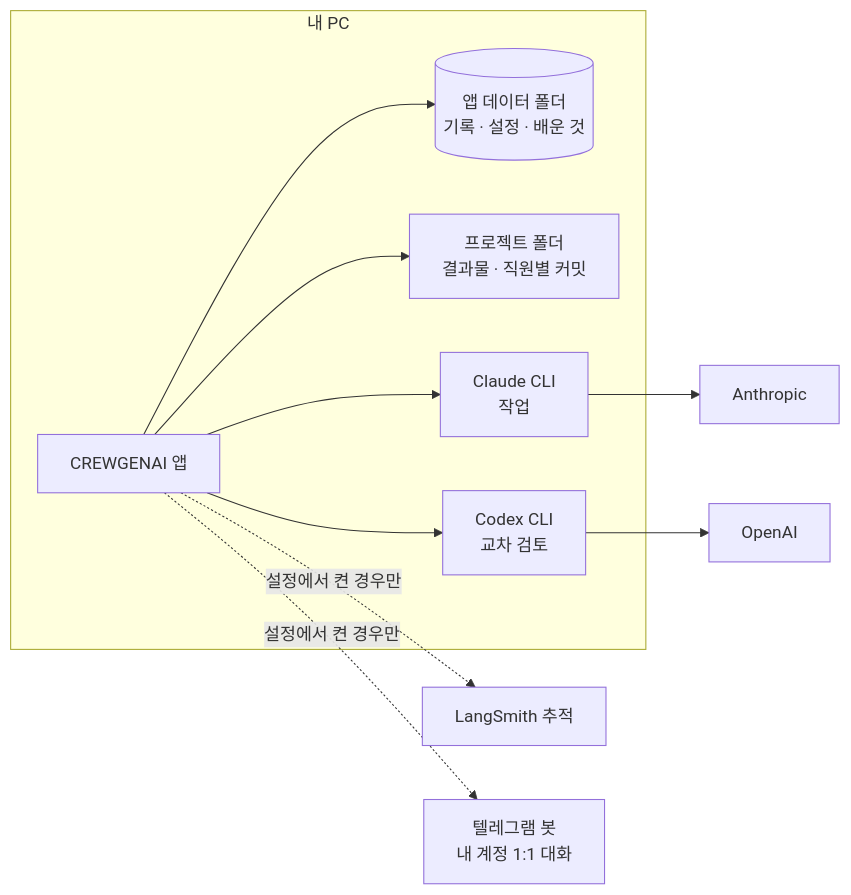
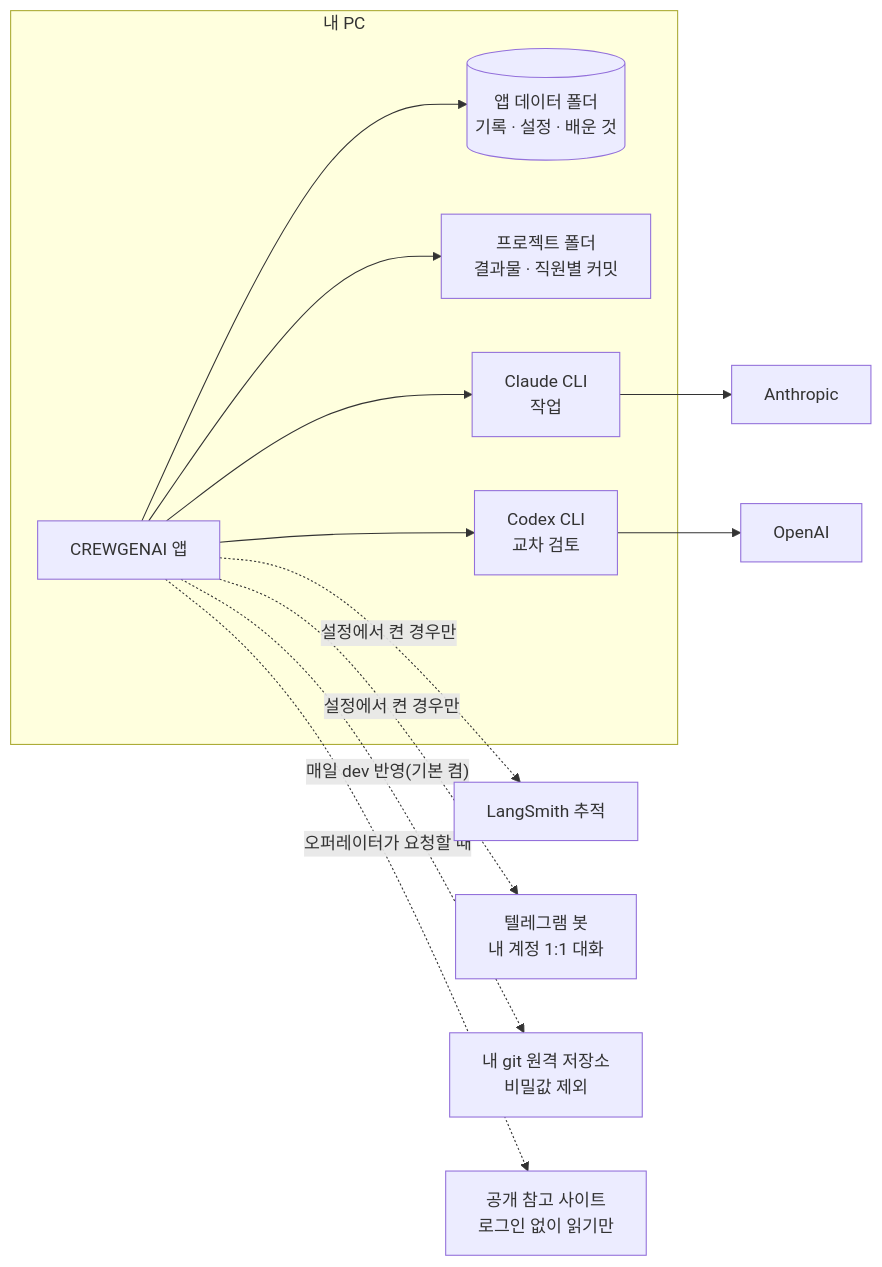
One commit to heum/crewgenai-agent-workspace changed the second of 2 diagrams in README.md. Above: the diagram before and after it, drawn with Mermaid. The commit also changed other lines of this file and 35 other files, not shown here.

````diff
--- a/README.md
+++ b/README.md
@@ -59,13 +54,15 @@
 ```mermaid
 flowchart LR
   subgraph PC["내 PC"]
     App["CREWGENAI 앱"] --> DB[("앱 데이터 폴더<br/>기록 · 설정 · 배운 것")]
     App --> Proj["프로젝트 폴더<br/>결과물 · 직원별 커밋"]
     App --> CC["Claude CLI<br/>작업"]
     App --> CX["Codex CLI<br/>교차 검토"]
   end
   CC --> AN["Anthropic"]
   CX --> OA["OpenAI"]
   App -. "설정에서 켠 경우만" .-> LS["LangSmith 추적"]
   App -. "설정에서 켠 경우만" .-> TG["텔레그램 봇<br/>내 계정 1:1 대화"]
+  App -. "매일 dev 반영(기본 켬)" .-> GIT["내 git 원격 저장소<br/>비밀값 제외"]
+  App -. "오퍼레이터가 요청할 때" .-> WEB["공개 참고 사이트<br/>로그인 없이 읽기만"]
 ```
````
